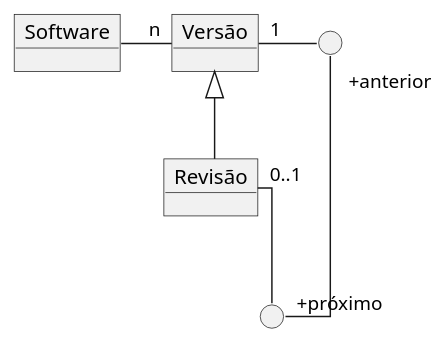
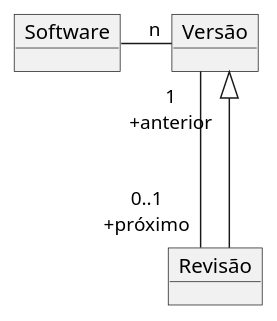
One commit to kyriosdata/oo changed the diagram in Imagens/modelos-08/mod08ima02/mod08ima02.plantuml. Above: the diagram before and after it, drawn with PlantUML. The commit also changed 4 other files, not shown here.

```diff
--- a/Imagens/modelos-08/mod08ima02/mod08ima02.plantuml
+++ b/Imagens/modelos-08/mod08ima02/mod08ima02.plantuml
@@ -1,15 +1,10 @@
 @startuml mod08ima02
+skinparam ClassAttributeIconSize 0
 skinparam Linetype ortho
 object "Software" as so
 object "Versão" as ve
 object "Revisão" as re
-circle " " as p1
-circle " " as p2
-
 so -right-"n" ve
-ve "1"-right- p1
-p1 "+anterior"--down-"+próximo" p2
-p2 -left-"0..1" re
-re -up-|> ve
-
+re --|> ve
+ve "1\n+anterior"---"0..1\n+próximo" re
 @enduml
```
